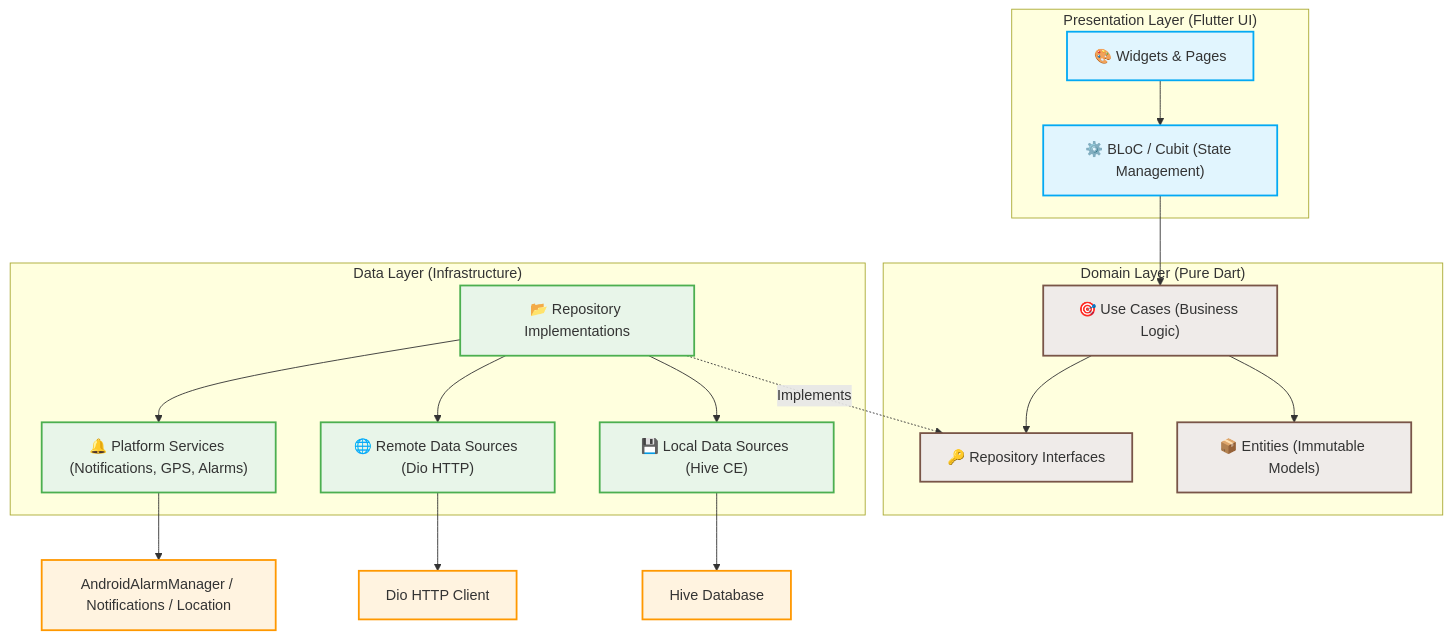
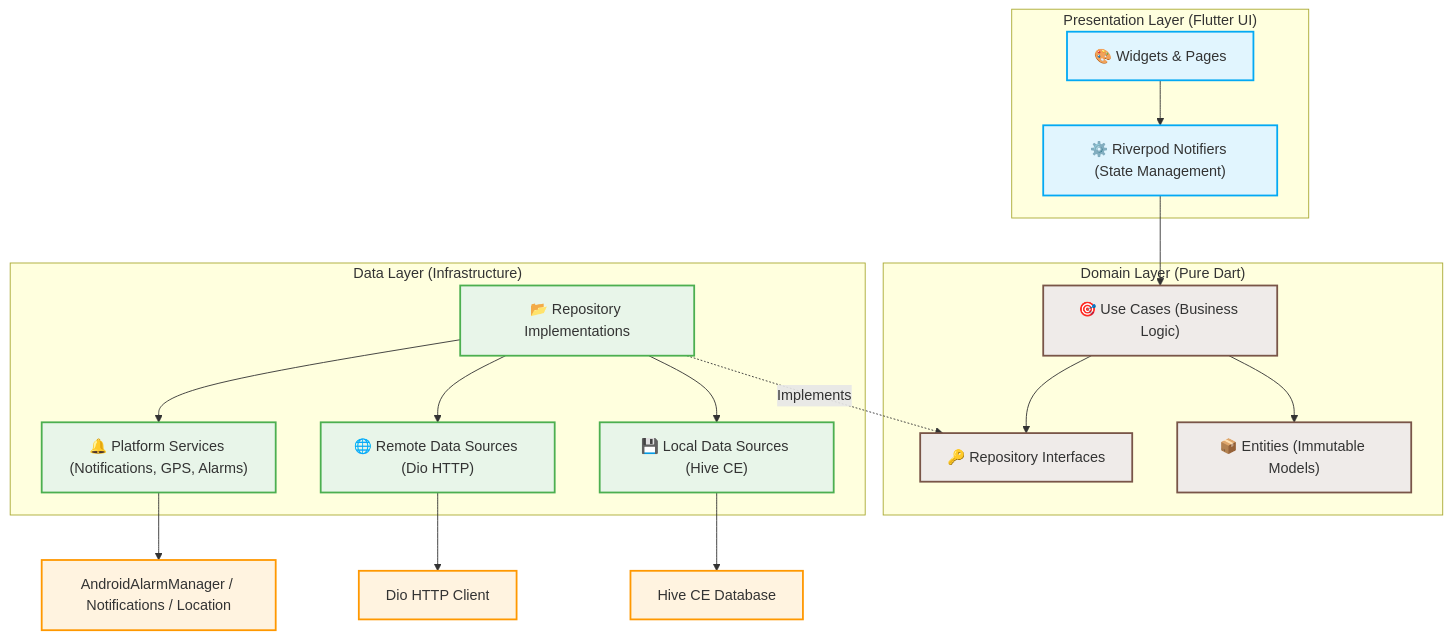
Before and after one commit to Udean777/equran-app: the diagram in README.md, drawn with Mermaid. The commit also changed other lines of this file and 1 other file, not shown here.

Commit message:
refactor: migrate state management and dependency injection from BLoC and GetIt to Riverpod

````diff
--- a/README.md
+++ b/README.md
@@ -78,49 +80,49 @@
 ```mermaid
 flowchart TB
     subgraph UI ["Presentation Layer (Flutter UI)"]
         Widgets["🎨 Widgets & Pages"]
-        Blocs["⚙️ BLoC / Cubit (State Management)"]
+        VMs["⚙️ Riverpod Notifiers (State Management)"]
     end
 
     subgraph Domain ["Domain Layer (Pure Dart)"]
         Usecases["🎯 Use Cases (Business Logic)"]
         Entities["📦 Entities (Immutable Models)"]
         ReposInterface["🔑 Repository Interfaces"]
     end
 
     subgraph Data ["Data Layer (Infrastructure)"]
         ReposImpl["📂 Repository Implementations"]
         LocalDS["💾 Local Data Sources (Hive CE)"]
         RemoteDS["🌐 Remote Data Sources (Dio HTTP)"]
         External["🔔 Platform Services (Notifications, GPS, Alarms)"]
     end
 
     %% presentation using domain
-    Widgets --> Blocs
-    Blocs --> Usecases
+    Widgets --> VMs
+    VMs --> Usecases
 
     %% domain relationships
     Usecases --> Entities
     Usecases --> ReposInterface
 
     %% data implementing domain
     ReposImpl -.->|Implements| ReposInterface
     ReposImpl --> LocalDS
     ReposImpl --> RemoteDS
     ReposImpl --> External
 
     %% external packages mapping
-    LocalDS --> HiveCE["Hive Database"]
+    LocalDS --> HiveCE["Hive CE Database"]
     RemoteDS --> Dio["Dio HTTP Client"]
     External --> System["AndroidAlarmManager / Notifications / Location"]
 
     classDef presentation fill:#e1f5fe,stroke:#03a9f4,stroke-width:2px;
     classDef domain fill:#efebe9,stroke:#795548,stroke-width:2px;
     classDef data fill:#e8f5e9,stroke:#4caf50,stroke-width:2px;
     classDef external fill:#fff3e0,stroke:#ff9800,stroke-width:2px;
 
-    class Widgets,Blocs presentation;
+    class Widgets,VMs presentation;
     class Usecases,Entities,ReposInterface domain;
     class ReposImpl,LocalDS,RemoteDS,External data;
     class HiveCE,Dio,System external;
 ```
````
